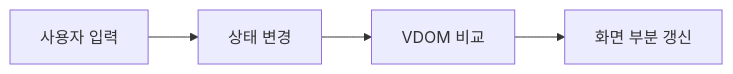
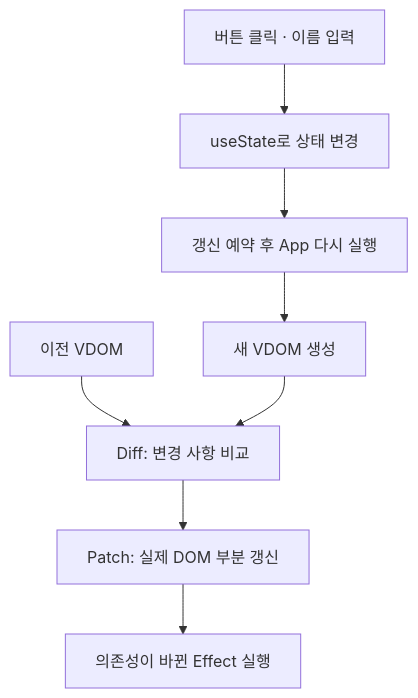
The diagram in README.md (kimhyungwang/mini-react), drawn with Mermaid before and after one commit. The commit also changed other lines of this file, not shown here.

Commit message:
docs: expand rendering flow diagram

````diff
--- a/README.md
+++ b/README.md
@@ -11,6 +11,10 @@
 ```mermaid
-flowchart LR
-    Input[사용자 입력] --> State[상태 변경]
-    State --> Diff[VDOM 비교]
-    Diff --> Patch[화면 부분 갱신]
+flowchart TD
+    Input[버튼 클릭 · 이름 입력] --> State[useState로 상태 변경]
+    State --> Render[갱신 예약 후 App 다시 실행]
+    Render --> Next[새 VDOM 생성]
+    Previous[이전 VDOM] --> Diff[Diff: 변경 사항 비교]
+    Next --> Diff
+    Diff --> Patch[Patch: 실제 DOM 부분 갱신]
+    Patch --> Effect[의존성이 바뀐 Effect 실행]
 ```
````
